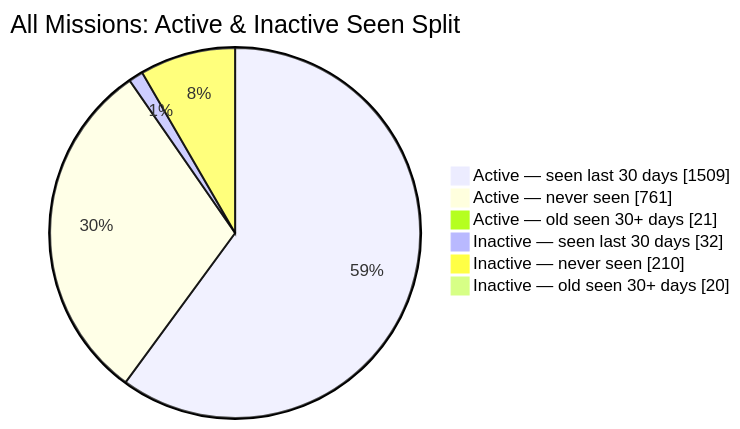
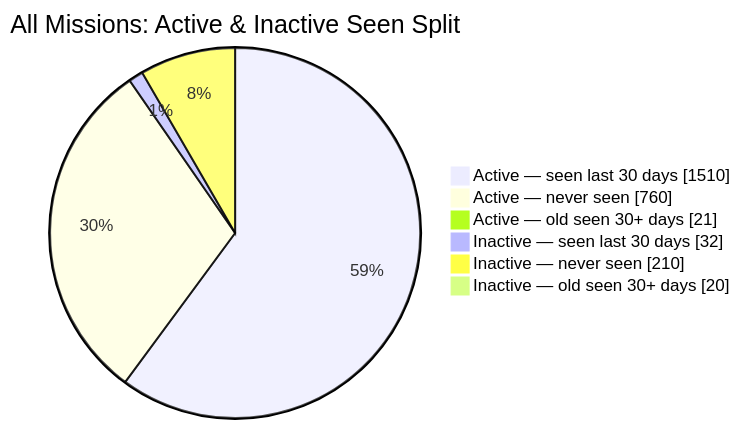
Before and after one commit to MeldkamerspelGameTeam/active-missions: the second of 2 diagrams in README.md, drawn with Mermaid. The commit also changed other lines of this file and 3 other files, not shown here.

````diff
--- a/README.md
+++ b/README.md
@@ -44,10 +44,10 @@
 ```mermaid
 pie showData
     title All Missions: Active & Inactive Seen Split
-    "Active — seen last 30 days" : 1509
-    "Active — never seen" : 761
+    "Active — seen last 30 days" : 1510
+    "Active — never seen" : 760
     "Active — old seen 30+ days" : 21
     "Inactive — seen last 30 days" : 32
     "Inactive — never seen" : 210
     "Inactive — old seen 30+ days" : 20
 ```
````
